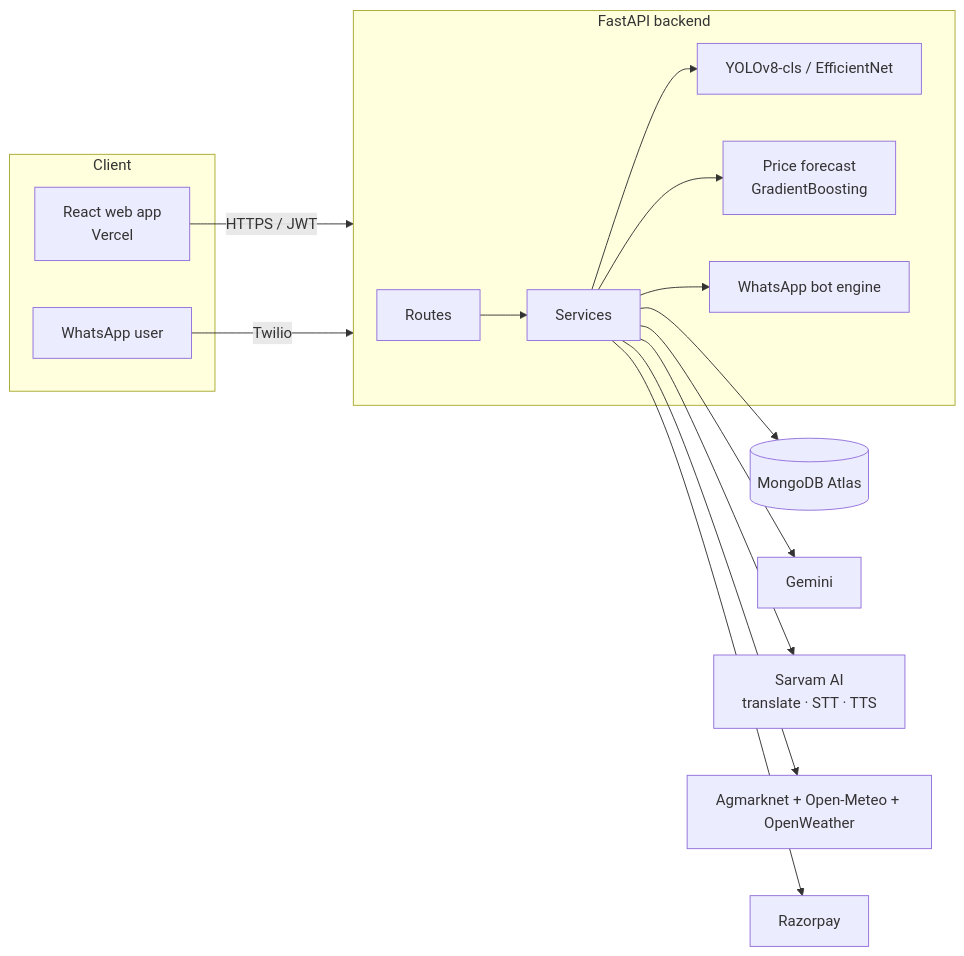
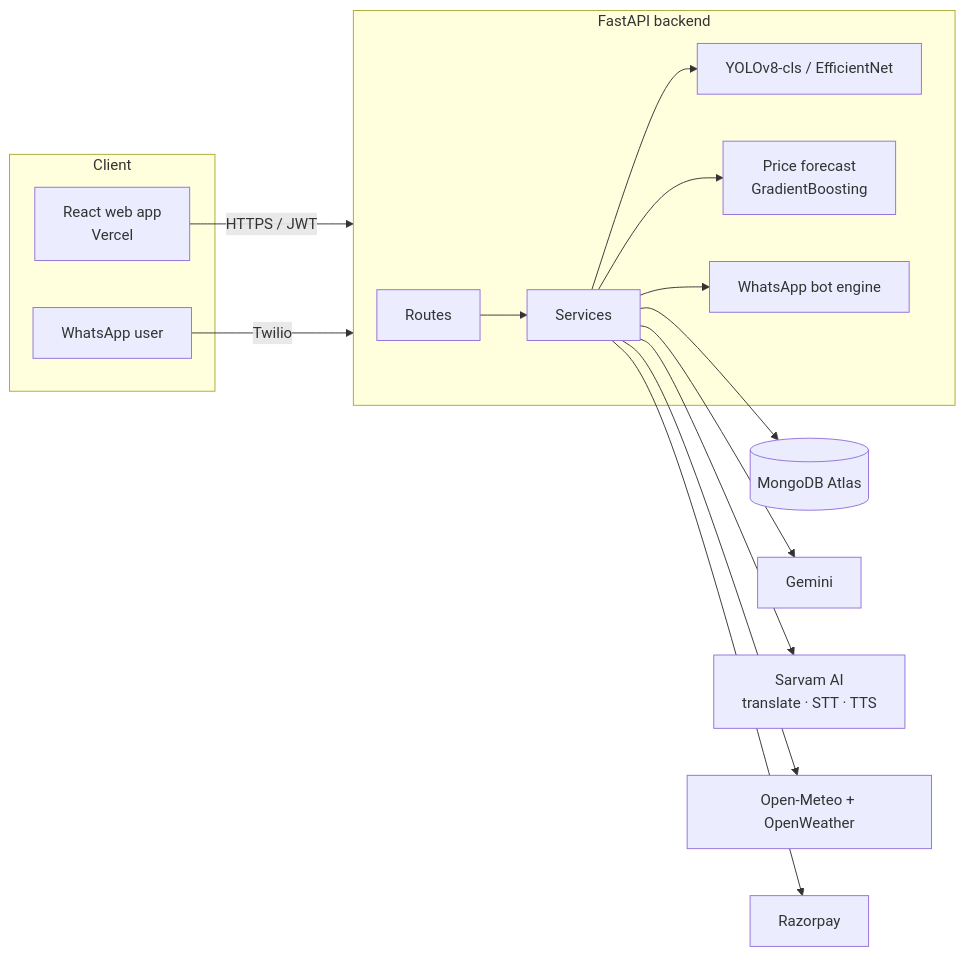
One commit to adithyaathreya2264/AgriPulse changed the diagram in README.md. Above: the diagram before and after it, drawn with Mermaid. The commit also changed other lines of this file, not shown here.

````diff
--- a/README.md
+++ b/README.md
@@ -70,20 +70,20 @@
 ```mermaid
 flowchart LR
     subgraph Client
       W[React web app<br/>Vercel]
       P[WhatsApp user]
     end
     W -- HTTPS / JWT --> API
     P -- Twilio --> API
     subgraph API[FastAPI backend]
       R[Routes] --> S[Services]
       S --> ML[YOLOv8-cls / EfficientNet]
       S --> FC[Price forecast<br/>GradientBoosting]
       S --> BOT[WhatsApp bot engine]
     end
     S --> DB[(MongoDB Atlas)]
     S --> G[Gemini]
     S --> SV[Sarvam AI<br/>translate · STT · TTS]
-    S --> AG[Agmarknet + Open-Meteo + OpenWeather]
+    S --> AG[Open-Meteo + OpenWeather]
     S --> RZ[Razorpay]
 ```
````
